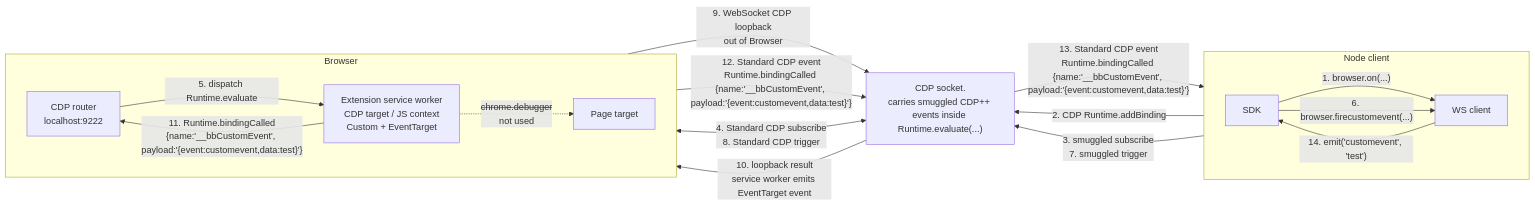
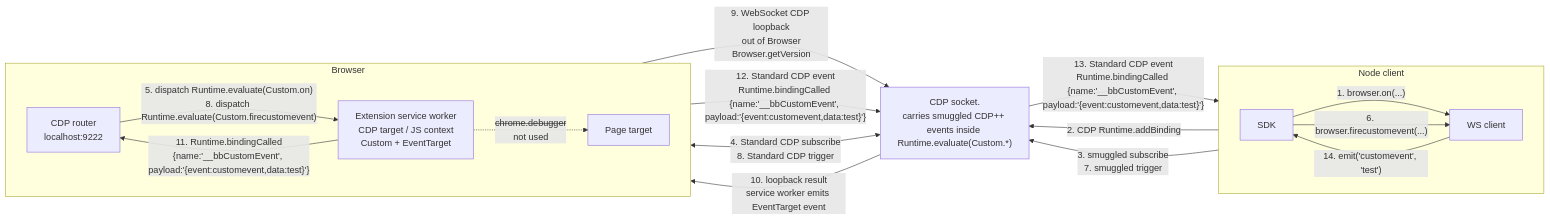
The fourth of 4 diagrams in README.md (pirate/chrome-cdp-extension-bridge), drawn with Mermaid before and after one commit. The commit also changed other lines of this file, not shown here.

Commit message:
Show concrete smuggled command labels

````diff
--- a/README.md
+++ b/README.md
@@ -134,31 +134,31 @@
 ```mermaid
 flowchart LR
   subgraph Node["Node client"]
     direction LR
     SDK["SDK"]
     WS["WS client"]
     SDK -->|"1. browser.on(...)"| WS
     SDK -->|"6. browser.firecustomevent(...)"| WS
   end
 
   subgraph Browser["Browser"]
     direction LR
     CDP["CDP router<br/>localhost:9222"]
     SW["Extension service worker<br/>CDP target / JS context<br/>Custom + EventTarget"]
     Page["Page target"]
-    CDP -->|"5. dispatch Runtime.evaluate"| SW
+    CDP -->|"5. dispatch Runtime.evaluate(Custom.on)<br/>8. dispatch Runtime.evaluate(Custom.firecustomevent)"| SW
     SW -. "<s>chrome.debugger</s><br/>not used" .-> Page
   end
 
-  Socket["CDP socket.<br/>carries smuggled CDP++ events inside Runtime.evaluate(...)"]
+  Socket["CDP socket.<br/>carries smuggled CDP++ events inside Runtime.evaluate(Custom.*)"]
 
   WS -->|"2. CDP Runtime.addBinding"| Socket
   WS -->|"3. smuggled subscribe<br/>7. smuggled trigger"| Socket
   Socket <-->|"4. Standard CDP subscribe<br/>8. Standard CDP trigger"| CDP
-  SW -->|"9. WebSocket CDP loopback<br/>out of Browser"| Socket
+  SW -->|"9. WebSocket CDP loopback<br/>out of Browser<br/>Browser.getVersion"| Socket
   Socket -->|"10. loopback result<br/>service worker emits EventTarget event"| SW
   SW -->|"11. Runtime.bindingCalled<br/>{name:'__bbCustomEvent', payload:'{event:customevent,data:test}'}"| CDP
   CDP -->|"12. Standard CDP event<br/>Runtime.bindingCalled {name:'__bbCustomEvent', payload:'{event:customevent,data:test}'}"| Socket
   Socket -->|"13. Standard CDP event<br/>Runtime.bindingCalled {name:'__bbCustomEvent', payload:'{event:customevent,data:test}'}"| WS
   WS -->|"14. emit('customevent', 'test')"| SDK
 ```
````
